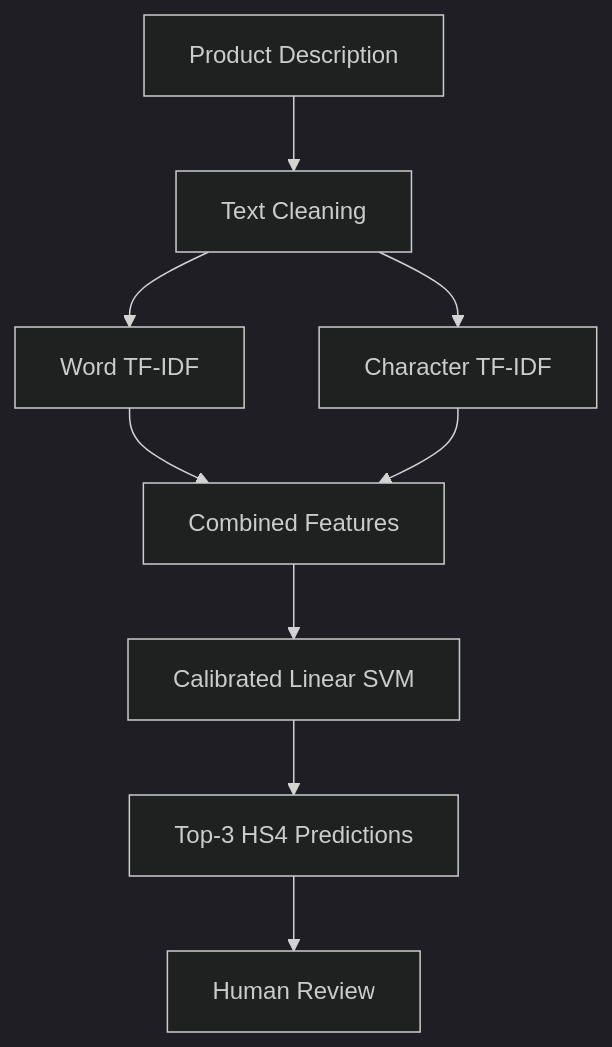
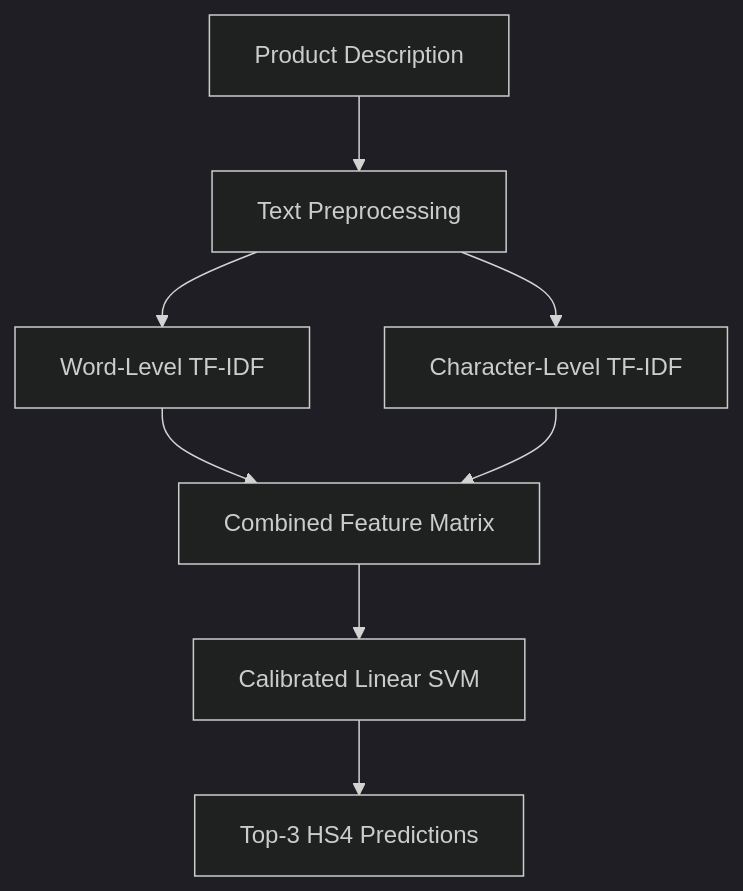
The diagram in README.md (Ayesha-Ansa/hs-chapter-classification-nlp), drawn with Mermaid (dark theme) before and after one commit. The commit also changed other lines of this file, not shown here.

````diff
--- a/README.md
+++ b/README.md
@@ -41,11 +21,10 @@
 ```mermaid
 flowchart TD
-    A["Product Description"] --> B["Text Cleaning"]
-    B --> C["Word TF-IDF"]
-    B --> D["Character TF-IDF"]
-    C --> E["Combined Features"]
+    A[Product Description] --> B[Text Preprocessing]
+    B --> C[Word-Level TF-IDF]
+    B --> D[Character-Level TF-IDF]
+    C --> E[Combined Feature Matrix]
     D --> E
-    E --> F["Calibrated Linear SVM"]
-    F --> G["Top-3 HS4 Predictions"]
-    G --> H["Human Review"]
+    E --> F[Calibrated Linear SVM]
+    F --> G[Top-3 HS4 Predictions]
 ```
````
